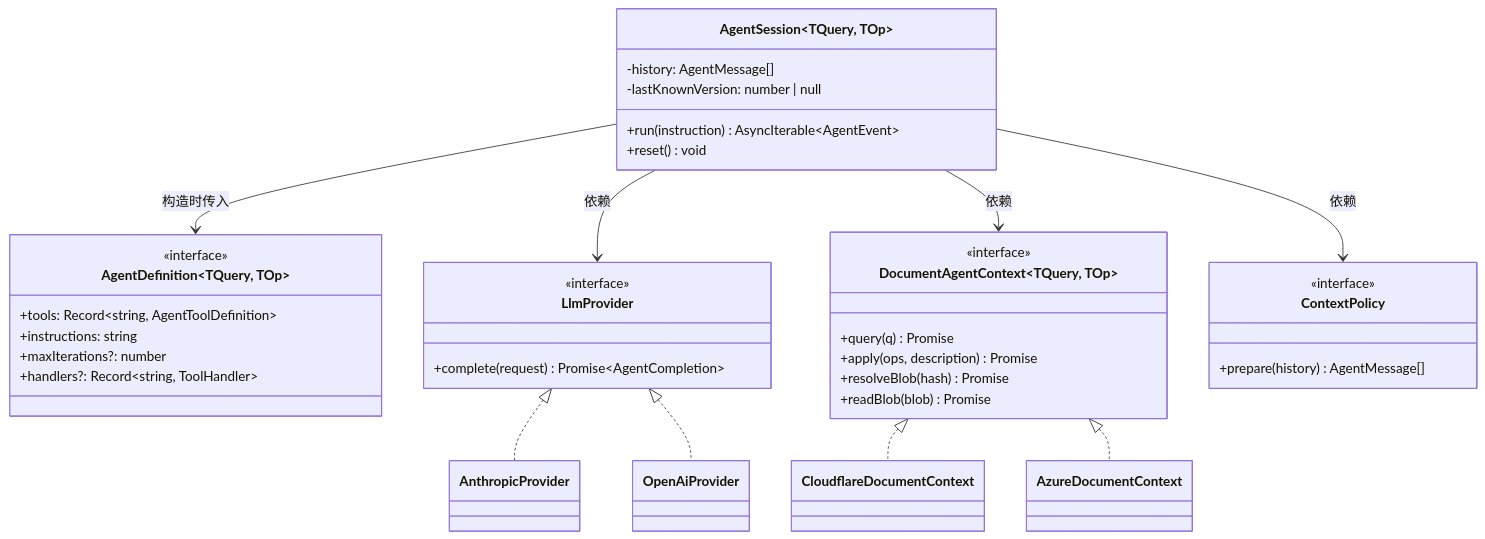
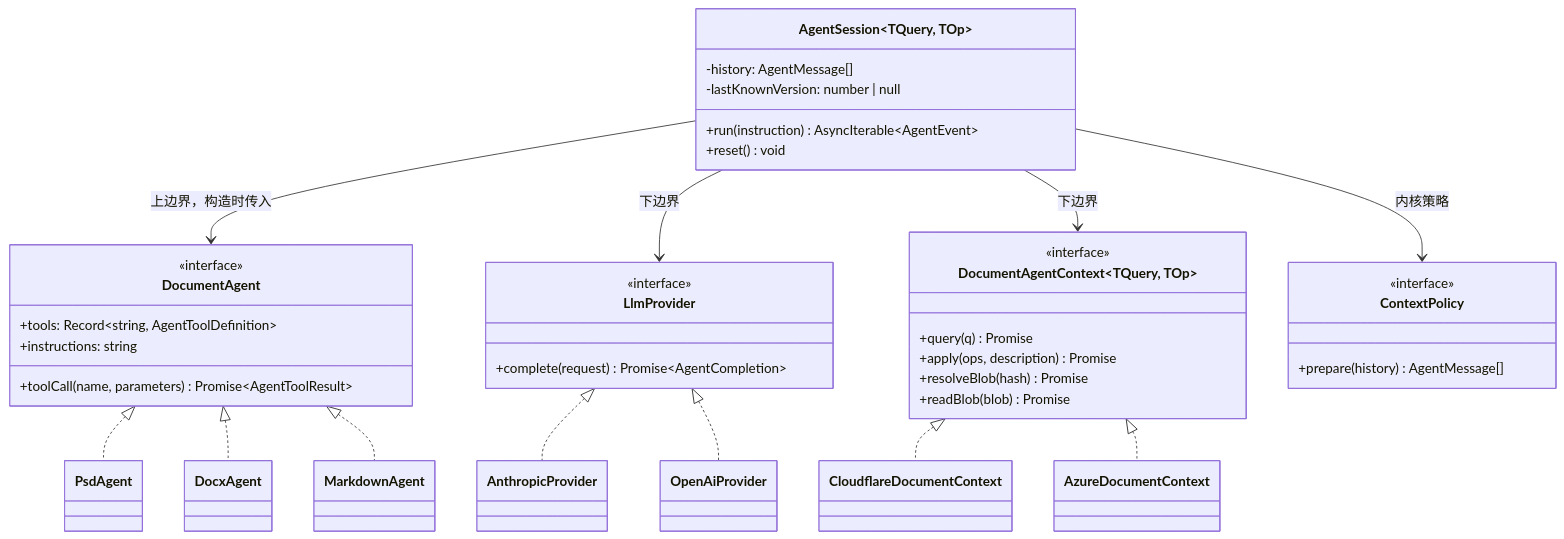
The fifth of 14 diagrams in docs/superpowers/specs/2026-08-26-agent-sdk-design.md (shazhou-ww/unidocs), drawn with Mermaid before and after one commit. The commit also changed other lines of this file, not shown here.

First line of the commit message:
docs(agent-sdk): 工具分发退出内核范围,上边界沿用已有的 DocumentAgent

````diff
--- a/docs/superpowers/specs/2026-08-26-agent-sdk-design.md
+++ b/docs/superpowers/specs/2026-08-26-agent-sdk-design.md
@@ -258,49 +266,55 @@
 ```mermaid
 classDiagram
-    class AgentDefinition~TQuery, TOp~ {
+    class DocumentAgent {
         <<interface>>
         +tools: Record~string, AgentToolDefinition~
         +instructions: string
-        +maxIterations?: number
-        +handlers?: Record~string, ToolHandler~
+        +toolCall(name, parameters) Promise~AgentToolResult~
     }
+
+    class PsdAgent
+    class DocxAgent
+    class MarkdownAgent
 
     class AgentSession~TQuery, TOp~ {
         -history: AgentMessage[]
         -lastKnownVersion: number | null
         +run(instruction) AsyncIterable~AgentEvent~
         +reset() void
     }
 
     class LlmProvider {
         <<interface>>
         +complete(request) Promise~AgentCompletion~
     }
 
     class DocumentAgentContext~TQuery, TOp~ {
         <<interface>>
         +query(q) Promise
         +apply(ops, description) Promise
         +resolveBlob(hash) Promise
         +readBlob(blob) Promise
     }
 
     class ContextPolicy {
         <<interface>>
         +prepare(history) AgentMessage[]
     }
 
     class AnthropicProvider
     class OpenAiProvider
     class CloudflareDocumentContext
     class AzureDocumentContext
 
-    AgentSession --> AgentDefinition : 构造时传入
-    AgentSession --> LlmProvider : 依赖
-    AgentSession --> DocumentAgentContext : 依赖
-    AgentSession --> ContextPolicy : 依赖
+    AgentSession --> DocumentAgent : 上边界，构造时传入
+    AgentSession --> LlmProvider : 下边界
+    AgentSession --> DocumentAgentContext : 下边界
+    AgentSession --> ContextPolicy : 内核策略
+    DocumentAgent <|.. PsdAgent
+    DocumentAgent <|.. DocxAgent
+    DocumentAgent <|.. MarkdownAgent
     LlmProvider <|.. AnthropicProvider
     LlmProvider <|.. OpenAiProvider
     DocumentAgentContext <|.. CloudflareDocumentContext
     DocumentAgentContext <|.. AzureDocumentContext
 ```
````
